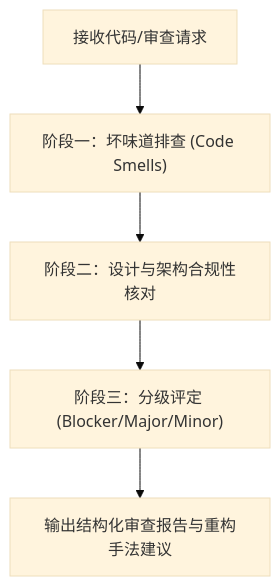
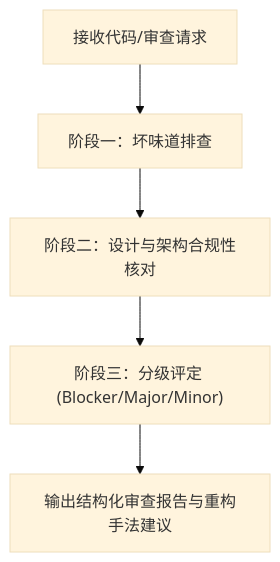
One commit to lilucpp/code-craft changed the diagram in .agents/skills/code-review/SKILL.md. Above: the diagram before and after it, drawn with Mermaid (base theme). The commit also changed other lines of this file and 35 other files, not shown here.

````diff
--- a/.agents/skills/code-review/SKILL.md
+++ b/.agents/skills/code-review/SKILL.md
@@ -16,7 +19,7 @@
 ```mermaid
 flowchart TD
-    A["接收代码/审查请求"] --> B["阶段一：坏味道排查 (Code Smells)"]
+    A["接收代码/审查请求"] --> B["阶段一：坏味道排查"]
     B --> C["阶段二：设计与架构合规性核对"]
     C --> D["阶段三：分级评定 (Blocker/Major/Minor)"]
     D --> E["输出结构化审查报告与重构手法建议"]
 ```
````
